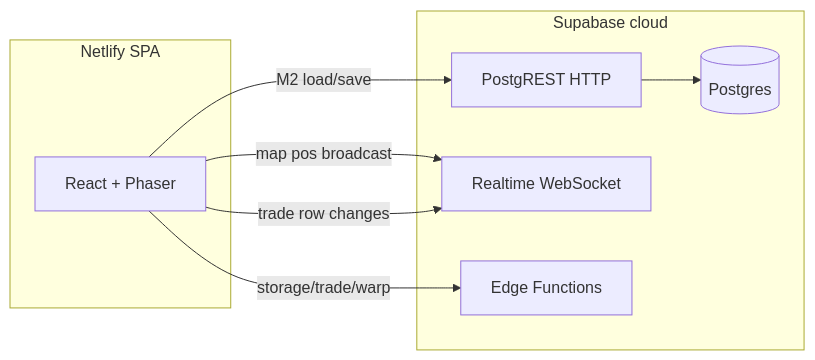
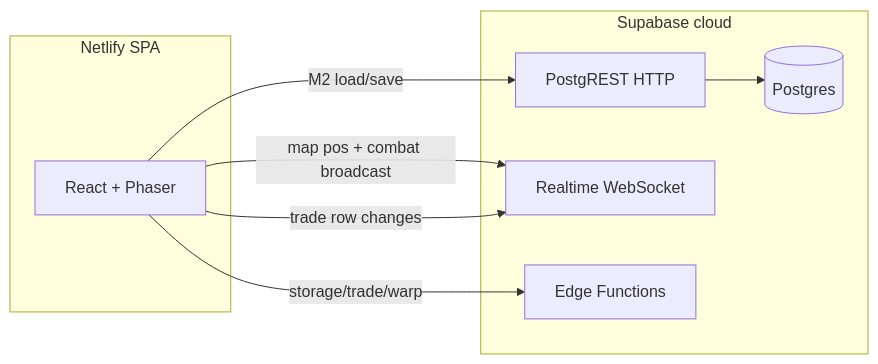
One commit to publiclass1/rok-mmorpg changed the diagram in docs/PERSISTENCE_AND_REALTIME.md. Above: the diagram before and after it, drawn with Mermaid. The commit also changed other lines of this file and 11 other files, not shown here.

````diff
--- a/docs/PERSISTENCE_AND_REALTIME.md
+++ b/docs/PERSISTENCE_AND_REALTIME.md
@@ -21,17 +21,17 @@
 ```mermaid
 flowchart LR
   subgraph netlify [Netlify SPA]
     Client[React + Phaser]
   end
   subgraph supabase [Supabase cloud]
     REST[PostgREST HTTP]
     RT[Realtime WebSocket]
     PG[(Postgres)]
     EF[Edge Functions]
   end
   Client -->|"M2 load/save"| REST
   REST --> PG
-  Client -->|"map pos broadcast"| RT
+  Client -->|"map pos + combat broadcast"| RT
   Client -->|"trade row changes"| RT
   Client -->|"storage/trade/warp"| EF
 ```
````
